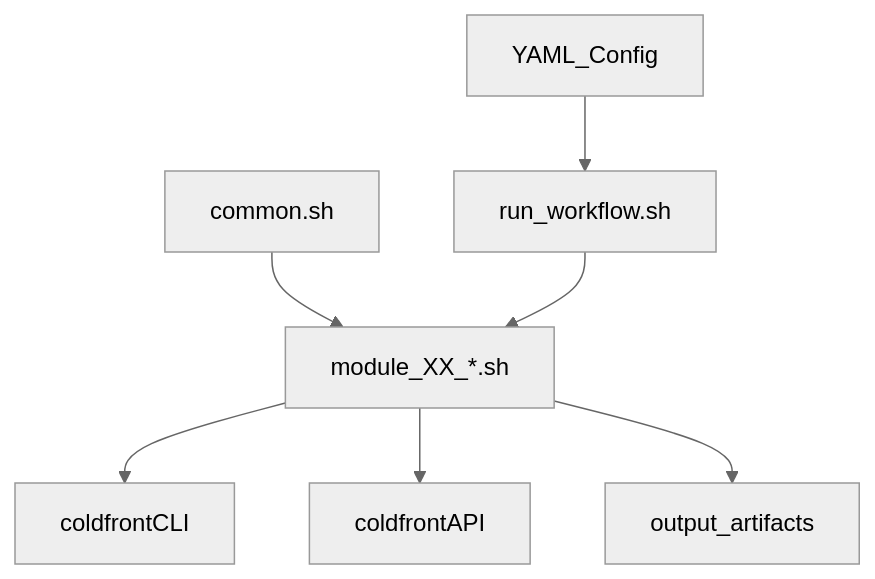
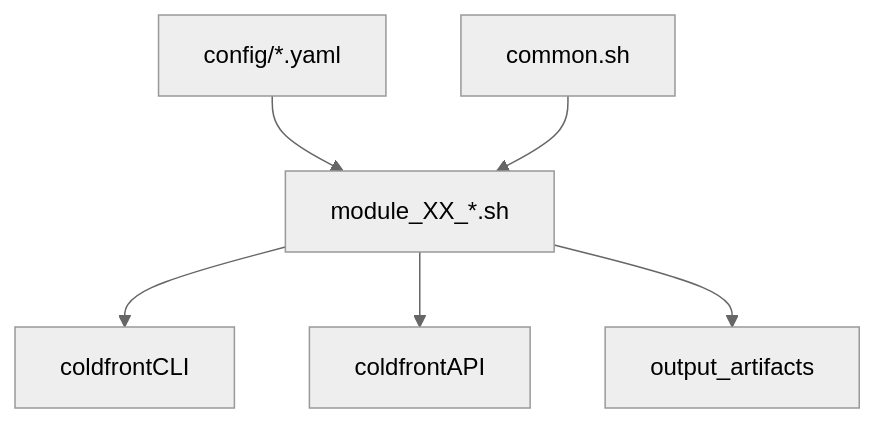
Before and after one commit to mit-orcd/cf-orcd-rental: the diagram in tests/system_tests/TEST_WORKFLOW.md, drawn with Mermaid (neutral theme). The commit also changed other lines of this file, not shown here.

Commit message:
Update notes to change config option

````diff
--- a/tests/system_tests/TEST_WORKFLOW.md
+++ b/tests/system_tests/TEST_WORKFLOW.md
@@ -78,9 +82,8 @@
 ```mermaid
 flowchart TD
-  yamlConfig["YAML_Config"] --> runWorkflow["run_workflow.sh"]
-  commonLib["common.sh"] --> moduleScripts["module_XX_*.sh"]
-  runWorkflow --> moduleScripts
+  yamlConfig["config/*.yaml"] --> moduleScripts["module_XX_*.sh"]
+  commonLib["common.sh"] --> moduleScripts
   moduleScripts --> coldfrontCLI["coldfrontCLI"]
   moduleScripts --> coldfrontAPI["coldfrontAPI"]
   moduleScripts --> outputs["output_artifacts"]
 ```
````
